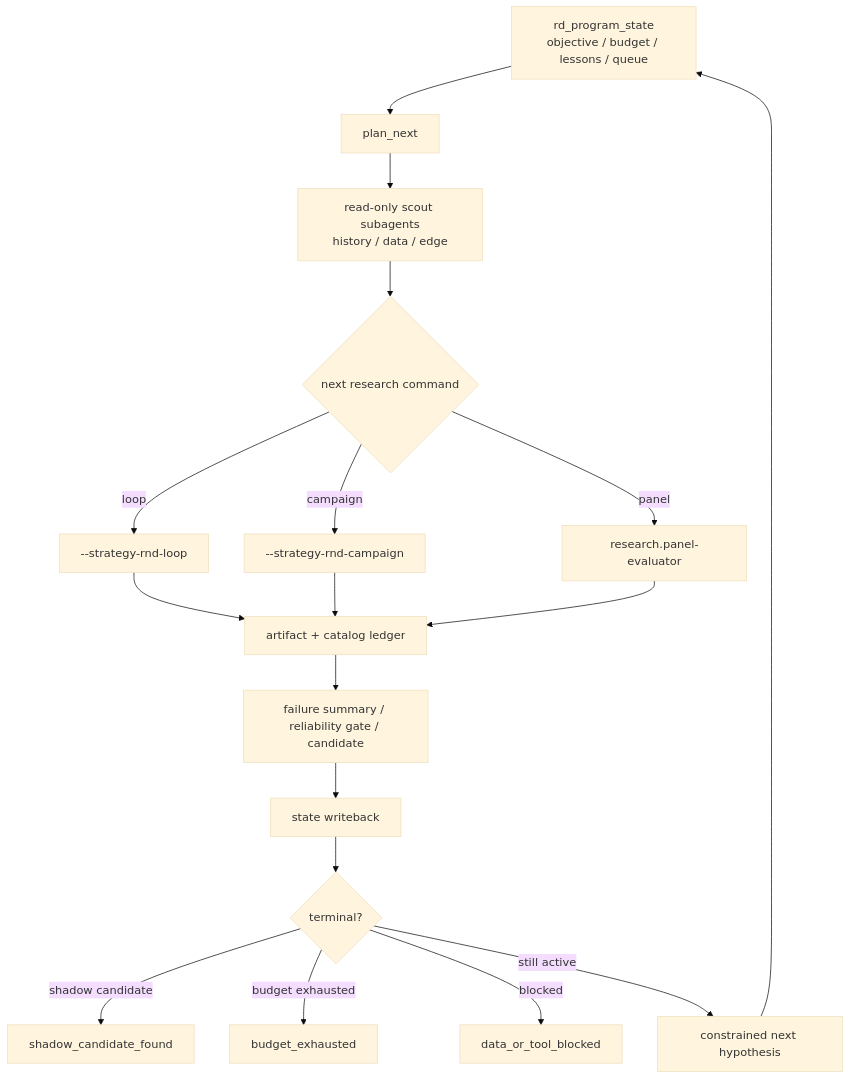
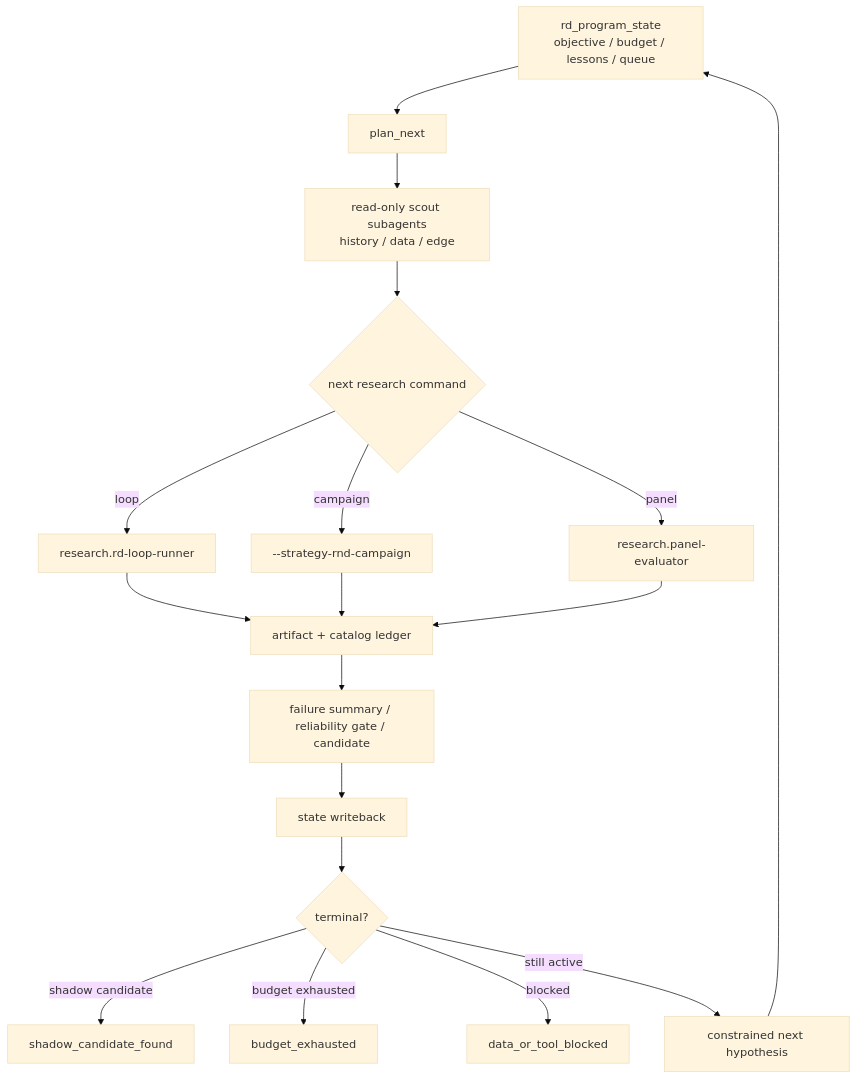
The seventh of 9 diagrams in README.md (qOeOp/trade), drawn with Mermaid (base theme) before and after one commit. The commit also changed other lines of this file and 18 other files, not shown here.

Commit message:
Split RD loop runner from strategy RD

````diff
--- a/README.md
+++ b/README.md
@@ -266,20 +266,20 @@
 ```mermaid
 flowchart TD
   STATE["rd_program_state<br/>objective / budget / lessons / queue"] --> PLAN["plan_next"]
   PLAN --> SCOUT["read-only scout subagents<br/>history / data / edge"]
   SCOUT --> RUN{"next research command"}
-  RUN -->|loop| LOOP["--strategy-rnd-loop"]
+  RUN -->|loop| LOOP["research.rd-loop-runner"]
   RUN -->|campaign| CAMP["--strategy-rnd-campaign"]
   RUN -->|panel| PANEL["research.panel-evaluator"]
   LOOP --> ART["artifact + catalog ledger"]
   CAMP --> ART
   PANEL --> ART
   ART --> FB["failure summary / reliability gate / candidate"]
   FB --> UP["state writeback"]
   UP --> DECIDE{"terminal?"}
   DECIDE -->|shadow candidate| DONE["shadow_candidate_found"]
   DECIDE -->|budget exhausted| BUD["budget_exhausted"]
   DECIDE -->|blocked| BLK["data_or_tool_blocked"]
   DECIDE -->|still active| NEXT["constrained next hypothesis"]
   NEXT --> STATE
 ```
````
